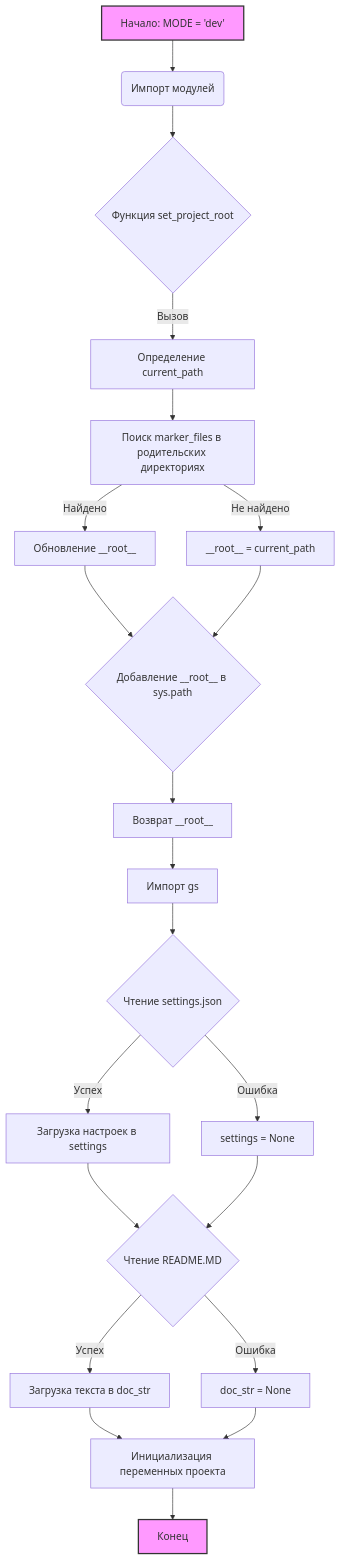
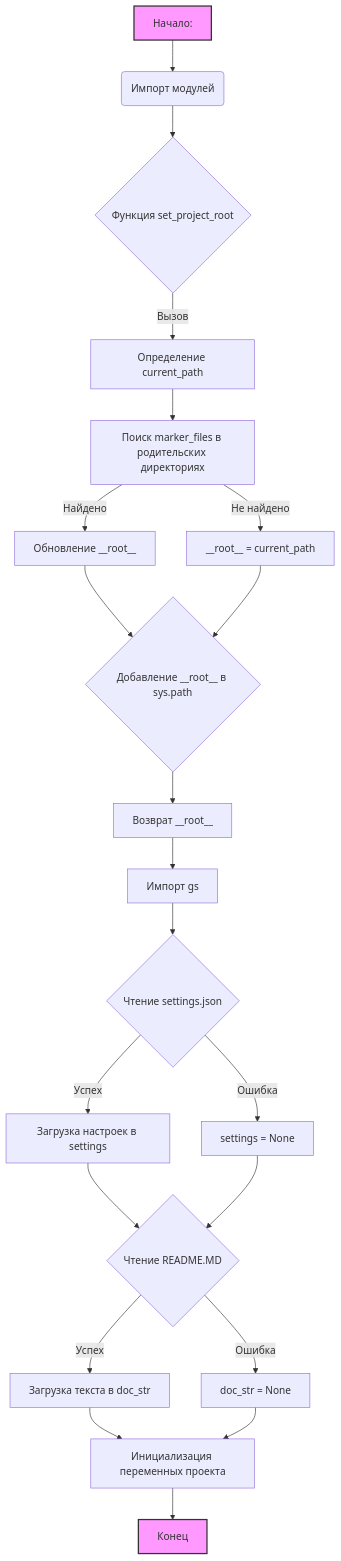
One commit to hypo69/hypo changed the diagram in docs/gemini/ru/explainer/src/suppliers/ksp/header.py.md. Above: the diagram before and after it, drawn with Mermaid. The commit also changed other lines of this file and 6031 other files, not shown here.

````diff
--- a/docs/gemini/ru/explainer/src/suppliers/ksp/header.py.md
+++ b/docs/gemini/ru/explainer/src/suppliers/ksp/header.py.md
@@ -44,26 +44,26 @@
 ```mermaid
 graph TD
-    A[Начало: MODE = 'dev'] --> B(Импорт модулей);
+    A[Начало: ] --> B(Импорт модулей);
     B --> C{Функция set_project_root};
     C -- Вызов --> D[Определение current_path];
     D --> E[Поиск marker_files в родительских директориях];
     E -- Найдено --> F[Обновление __root__];
     E -- Не найдено --> G[__root__ = current_path];
     F --> H{Добавление __root__ в sys.path};
     G --> H;
     H --> I[Возврат __root__];
     I --> J[Импорт gs];
     J --> K{Чтение settings.json};
     K -- Успех --> L[Загрузка настроек в settings];
     K -- Ошибка --> M[settings = None];
     L --> N{Чтение README.MD};
     M --> N
     N -- Успех --> O[Загрузка текста в doc_str];
     N -- Ошибка --> P[doc_str = None];
     O --> Q[Инициализация переменных проекта];
     P --> Q
     Q --> R[Конец];
     
     style A fill:#f9f,stroke:#333,stroke-width:2px
     style R fill:#f9f,stroke:#333,stroke-width:2px
 ```
````
